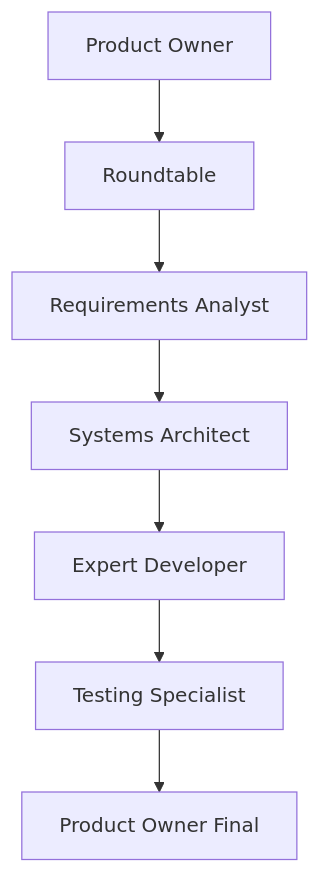
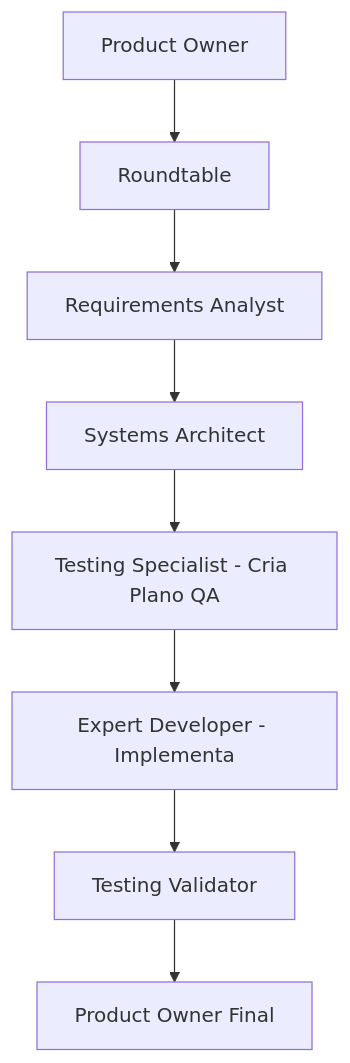
Before and after one commit to eliterickytech/WorkflowAgentsAI: the diagram in .github/copilot-instructions.md, drawn with Mermaid. The commit also changed other lines of this file and 155 other files, not shown here.

````diff
--- a/.github/copilot-instructions.md
+++ b/.github/copilot-instructions.md
@@ -86,9 +86,10 @@
 ```mermaid
 graph TD
     PO[Product Owner] --> RT[Roundtable]
     RT --> RA[Requirements Analyst]
     RA --> SA[Systems Architect]
-    SA --> ED[Expert Developer]
-    ED --> TS[Testing Specialist]
-    TS --> POF[Product Owner Final]
+    SA --> TS[Testing Specialist - Cria Plano QA]
+    TS --> ED[Expert Developer - Implementa]
+    ED --> TV[Testing Validator]
+    TV --> POF[Product Owner Final]
 ```
````
